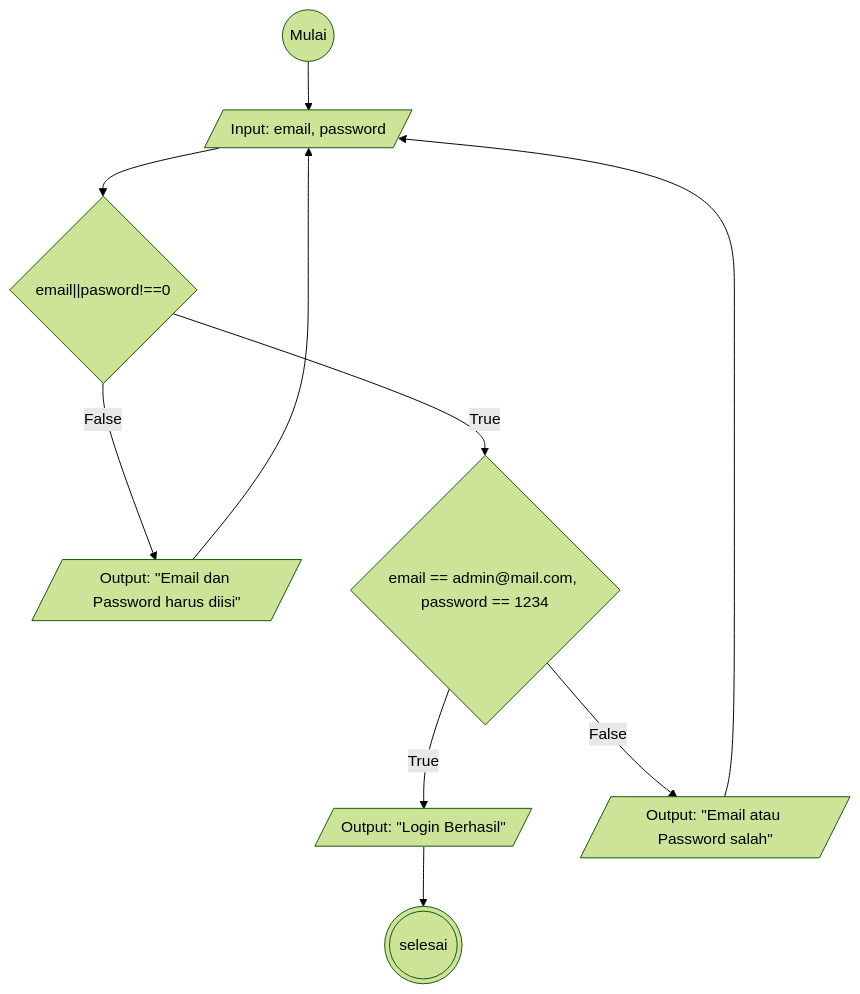
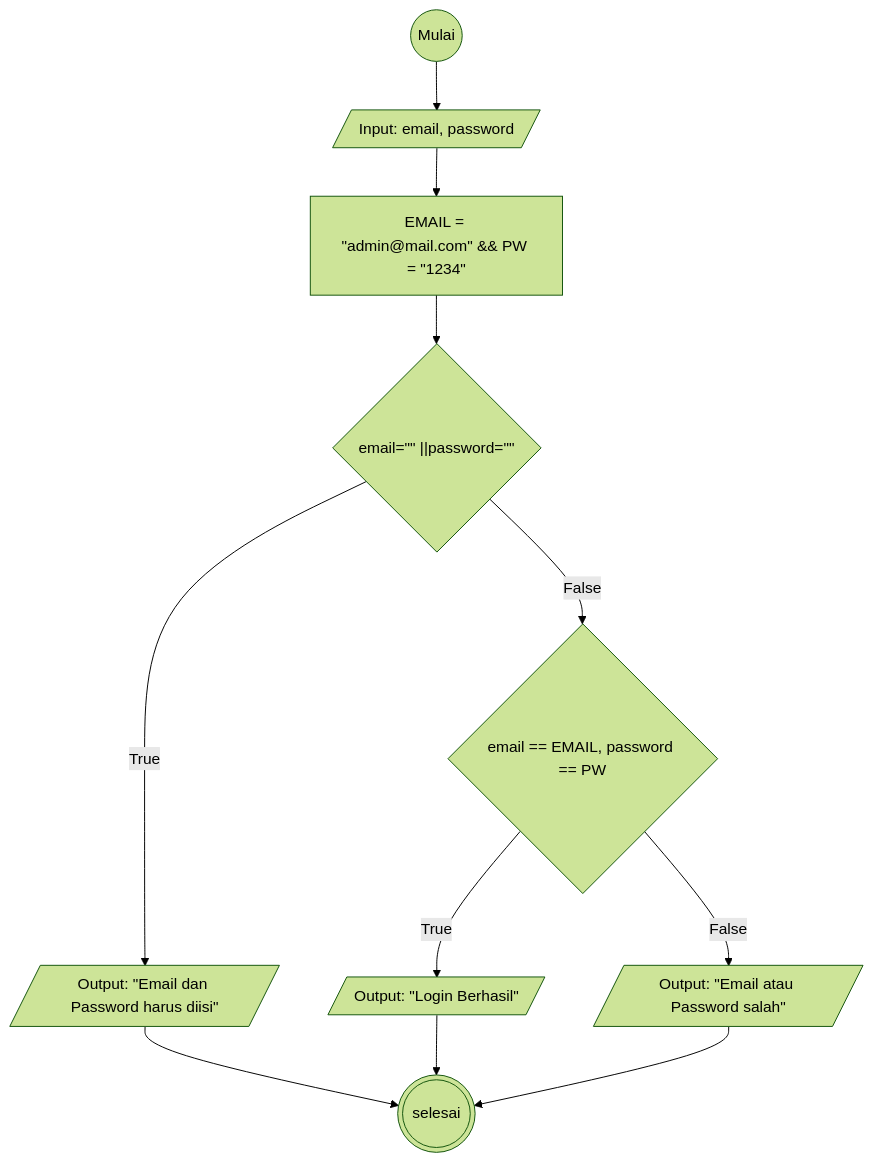
Before and after one commit to alhilalfathi/koda-b6-algoritma: the diagram in flowchart-email-password.md, drawn with Mermaid (forest theme).

````diff
--- a/flowchart-email-password.md
+++ b/flowchart-email-password.md
@@ -1,17 +1,18 @@
 ```mermaid
 flowchart TD
     mulai@{ shape: circle, label: "Mulai"}
     input@{ shape: lean-r, label: "Input: email, password"}
-    if1@{ shape: diamond, label: "email||pasword!==0"}
+    data@{ label: "EMAIL = #quot;admin@mail.com#quot; && PW = #quot;1234#quot;"}
+    if1@{ shape: diamond, label: "email=#quot;#quot; ||password=#quot;#quot;"}
     flse1@{ shape: lean-r, label: "Output: #quot;Email dan Password harus diisi#quot;"}
-    true1@{ shape: diamond, label: "email == admin@mail.com, password == 1234"}
+    true1@{ shape: diamond, label: "email == EMAIL, password == PW"}
     true2@{ shape: lean-r, label: "Output: #quot;Login Berhasil#quot;"}
     flse2@{ shape: lean-r, label: "Output: #quot;Email atau Password salah#quot;"}
     selesai@{ shape: dbl-circ}
     
-    mulai-->input-->if1
-    if1--False-->flse1-->input
-    if1--True-->true1--True-->true2-->selesai
-    true1--False-->flse2-->input
+    mulai-->input-->data-->
+    if1--True-->flse1-->selesai
+    if1--False-->true1--True-->true2-->selesai
+    true1--False-->flse2-->selesai
     
 ```
````
